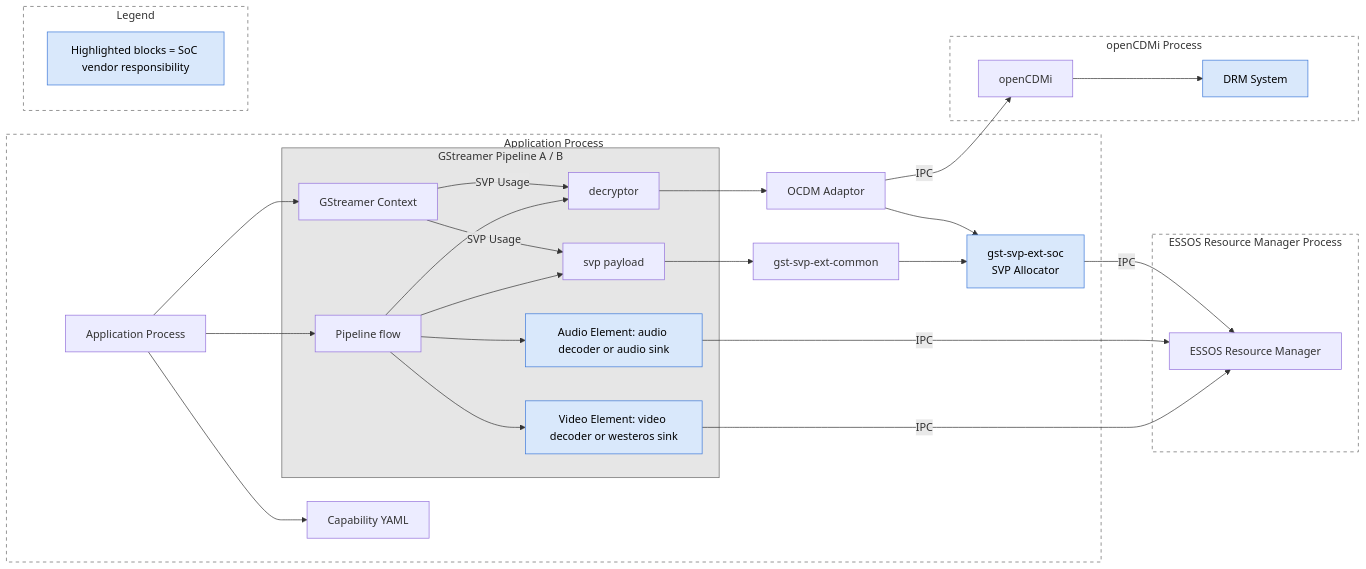
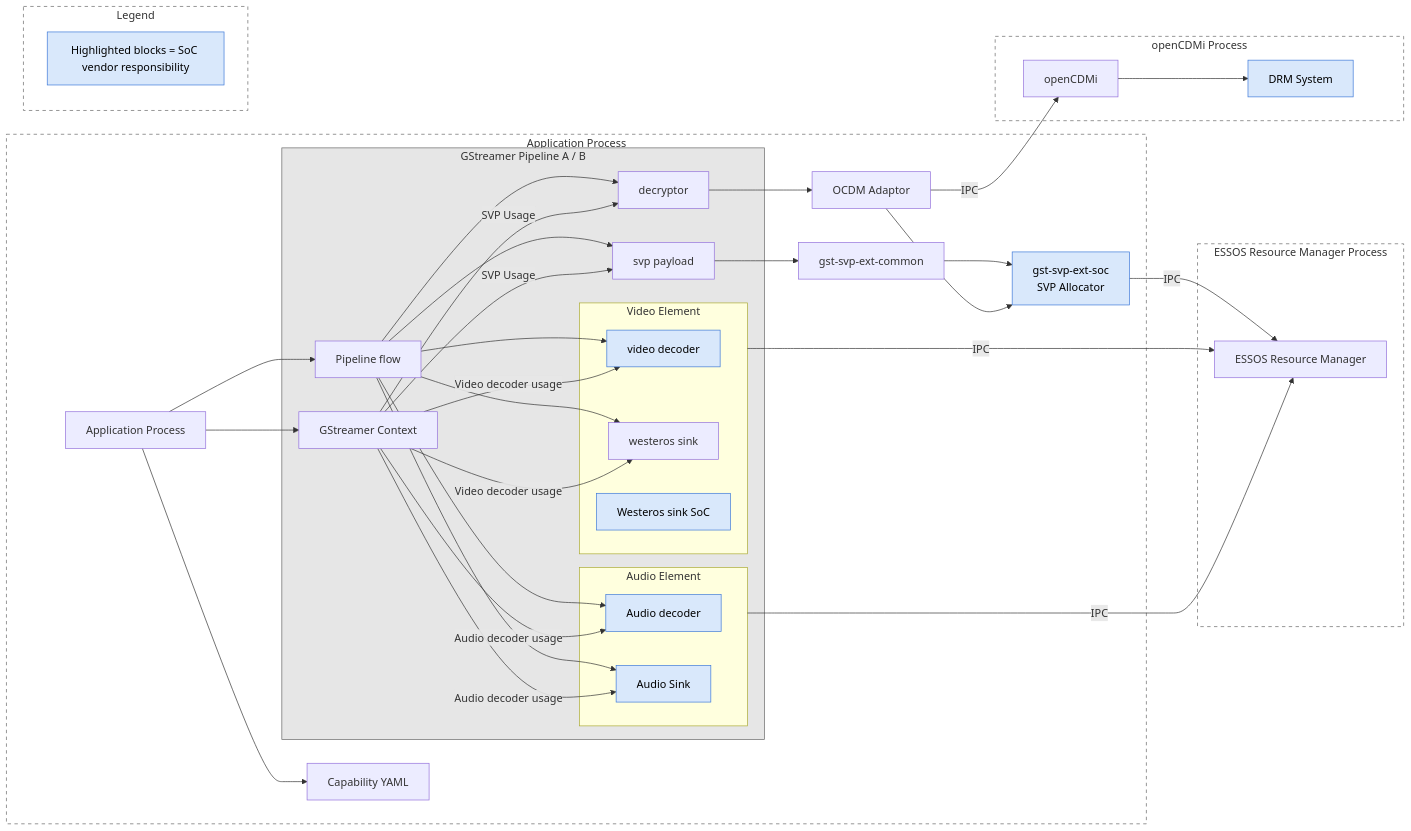
One commit to rdkcentral/rdk-hpk-documentation changed the first of 9 diagrams in doc/SPECIFICATION-dual-decode-legacy-av-hal-extension.md. Above: the diagram before and after it, drawn with Mermaid. The commit also changed other lines of this file, not shown here.

Commit message:
gh47 refine section 0 architecture diagram ownership and context links

````diff
--- a/doc/SPECIFICATION-dual-decode-legacy-av-hal-extension.md
+++ b/doc/SPECIFICATION-dual-decode-legacy-av-hal-extension.md
@@ -54,58 +54,73 @@
 ```mermaid
 graph LR
     subgraph APP[Application Process]
         App[Application Process]
         subgraph GSTP[GStreamer Pipeline A / B]
             GST[Pipeline flow]
             Ctx[GStreamer Context]
             DEC[decryptor]
             SVPP[svp payload]
-            VARB["Video Element: video decoder or westeros sink"]
-            AARB["Audio Element: audio decoder or audio sink"]
+            subgraph VE[Video Element]
+                VDEC[video decoder]
+                WSU[westeros sink]
+                WSOC[Westeros sink SoC]
+            end
+            subgraph AE[Audio Element]
+                ADEC[Audio decoder]
+                ASINK[Audio Sink]
+            end
         end
         App --> GST
         GST --> DEC
         GST --> SVPP
-        GST --> VARB
-        GST --> AARB
+        GST --> VDEC
+        GST --> WSU
+        GST --> ADEC
+        GST --> ASINK
         App --> Ctx
         Ctx -->|SVP Usage| DEC
         Ctx -->|SVP Usage| SVPP
+        Ctx -->|Video decoder usage| VDEC
+        Ctx -->|Video decoder usage| WSU
+        Ctx -->|Audio decoder usage| ADEC
+        Ctx -->|Audio decoder usage| ASINK
         App --> YAML[Capability YAML]
         DEC --> OCDM[OCDM Adaptor]
         SVPP --> SVPC[gst-svp-ext-common]
         SVPC --> SVPE[gst-svp-ext-soc<br/>SVP Allocator]
         OCDM --> SVPE
     end
 
     subgraph OCP[openCDMi Process]
         OPENCDM[openCDMi]
         DRM[DRM System]
     end
 
     subgraph LEG[Legend]
         LRESP[Highlighted blocks = SoC vendor responsibility]
     end
 
     OCDM -->|IPC| OPENCDM
     OPENCDM --> DRM
 
     subgraph RMP[ESSOS Resource Manager Process]
         RM[ESSOS Resource Manager]
     end
 
-    VARB -->|IPC| RM
-    AARB -->|IPC| RM
+    VE -->|IPC| RM
+    AE -->|IPC| RM
     SVPE -->|IPC| RM
 
     style APP fill:none,stroke:#666,stroke-width:1px,stroke-dasharray: 5 5
     style GSTP fill:#e6e6e6,stroke:#666,stroke-width:1px
     style LEG fill:none,stroke:#666,stroke-width:1px,stroke-dasharray: 5 5
     style OCP fill:none,stroke:#666,stroke-width:1px,stroke-dasharray: 5 5
     style RMP fill:none,stroke:#666,stroke-width:1px,stroke-dasharray: 5 5
-    style VARB fill:#d9e8fb,stroke:#3c78d8,stroke-width:1px,color:#000
-    style AARB fill:#d9e8fb,stroke:#3c78d8,stroke-width:1px,color:#000
+    style VDEC fill:#d9e8fb,stroke:#3c78d8,stroke-width:1px,color:#000
+    style WSOC fill:#d9e8fb,stroke:#3c78d8,stroke-width:1px,color:#000
+    style ADEC fill:#d9e8fb,stroke:#3c78d8,stroke-width:1px,color:#000
+    style ASINK fill:#d9e8fb,stroke:#3c78d8,stroke-width:1px,color:#000
     style SVPE fill:#d9e8fb,stroke:#3c78d8,stroke-width:1px,color:#000
     style DRM fill:#d9e8fb,stroke:#3c78d8,stroke-width:1px,color:#000
     style LRESP fill:#d9e8fb,stroke:#3c78d8,stroke-width:1px,color:#000
 ```
````
